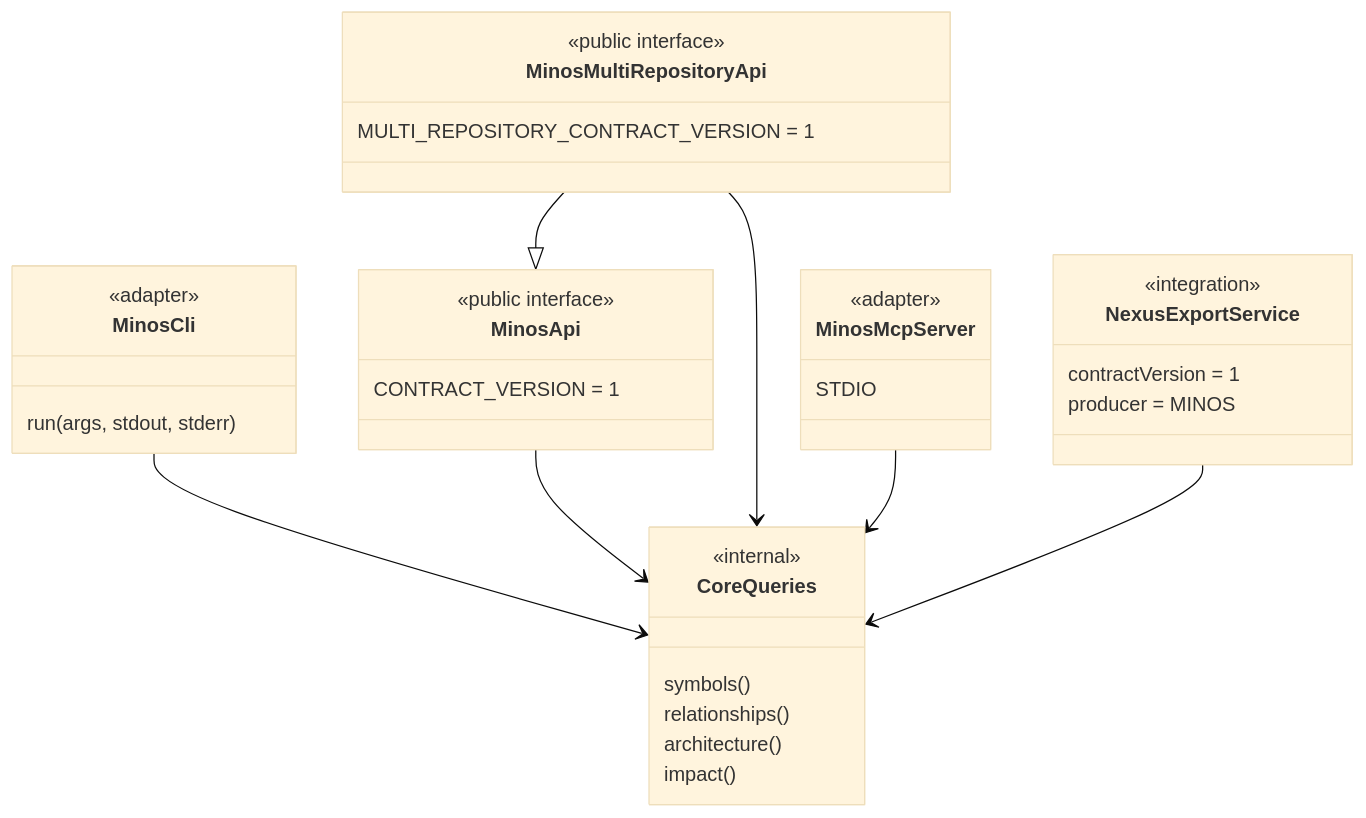
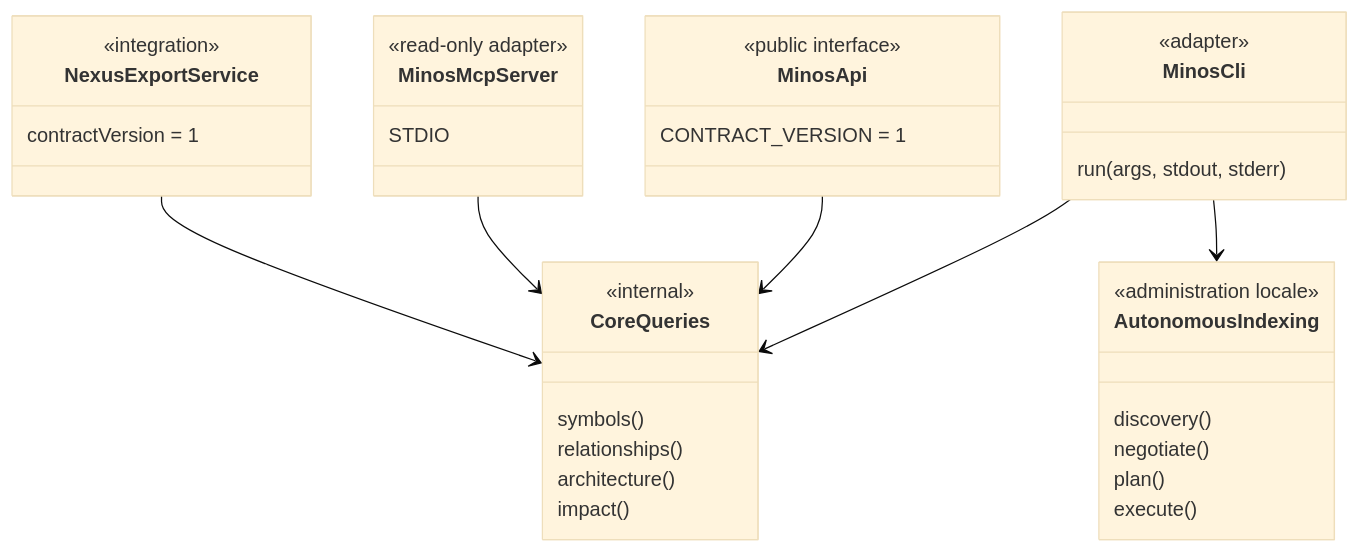
One commit to FTurleque/minos-code-intelligence changed the first of 2 diagrams in docs/developer/public-surfaces.md. Above: the diagram before and after it, drawn with Mermaid (base theme). The commit also changed other lines of this file and 2 other files, not shown here.

````diff
--- a/docs/developer/public-surfaces.md
+++ b/docs/developer/public-surfaces.md
@@ -7,38 +7,39 @@
 ```mermaid
 classDiagram
     class CoreQueries {
       <<internal>>
       symbols()
       relationships()
       architecture()
       impact()
     }
+    class AutonomousIndexing {
+      <<administration locale>>
+      discovery()
+      negotiate()
+      plan()
+      execute()
+    }
     class MinosCli {
       <<adapter>>
       run(args, stdout, stderr)
     }
     class MinosApi {
       <<public interface>>
       CONTRACT_VERSION = 1
     }
-    class MinosMultiRepositoryApi {
-      <<public interface>>
-      MULTI_REPOSITORY_CONTRACT_VERSION = 1
-    }
     class MinosMcpServer {
-      <<adapter>>
+      <<read-only adapter>>
       STDIO
     }
     class NexusExportService {
       <<integration>>
       contractVersion = 1
-      producer = MINOS
     }
 
     MinosCli --> CoreQueries
+    MinosCli --> AutonomousIndexing
     MinosApi --> CoreQueries
-    MinosMultiRepositoryApi --|> MinosApi
-    MinosMultiRepositoryApi --> CoreQueries
     MinosMcpServer --> CoreQueries
     NexusExportService --> CoreQueries
 ```
````
